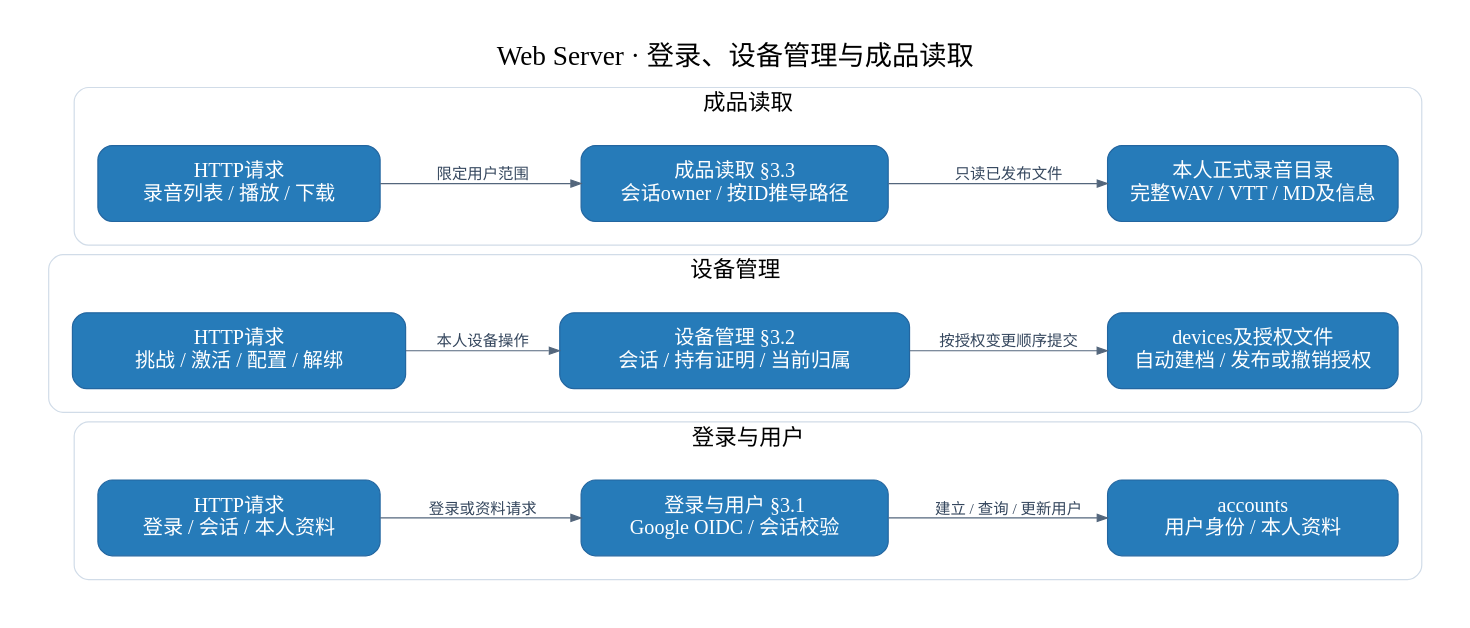
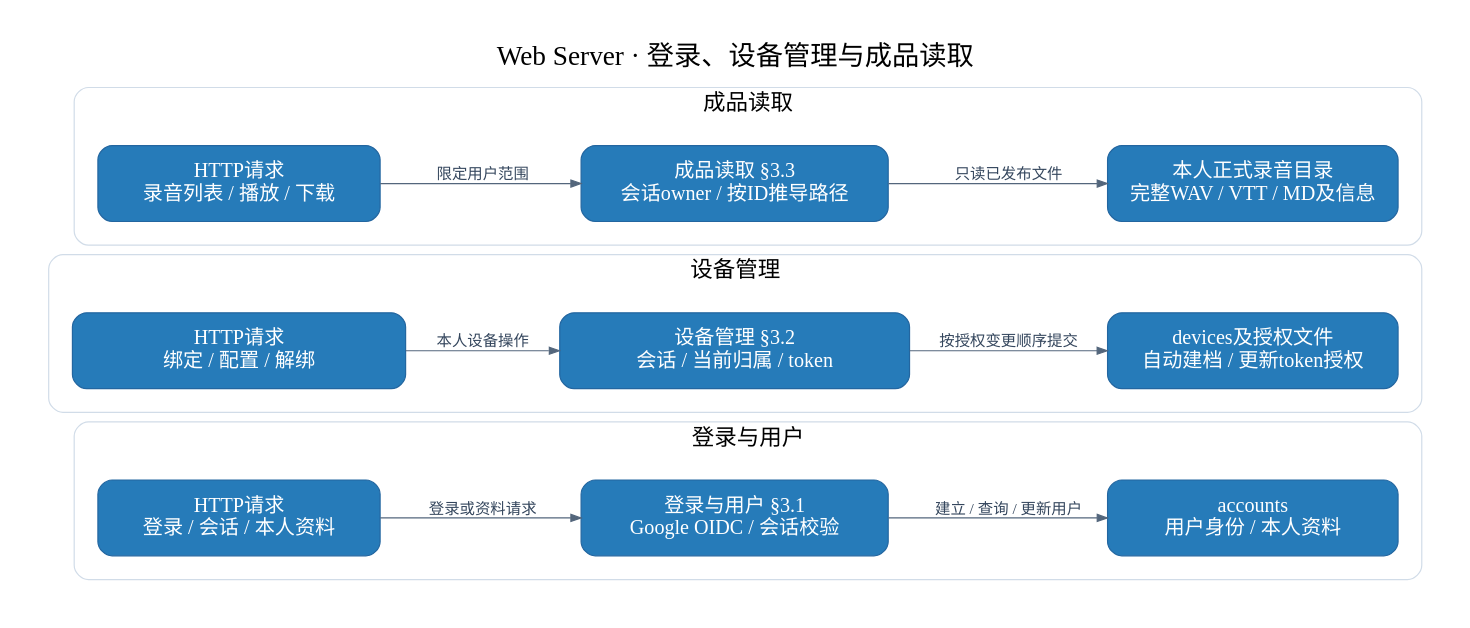
One commit to boboliu-1010/speaker changed the diagram in docs/assets/diagrams/10-web-components.dot. Above: the diagram before and after it, drawn with Graphviz. The commit also changed 9 other files, not shown here.

```diff
--- a/docs/assets/diagrams/10-web-components.dot
+++ b/docs/assets/diagrams/10-web-components.dot
@@ -1,35 +1,35 @@
 digraph G {
 graph [rankdir=LR, bgcolor="white", pad="0.35", nodesep="0.45", ranksep="0.55", splines=line, fontname="PingFang SC", fontsize=23, labelloc=t, label="Web Server · 登录、设备管理与成品读取"];
 node [shape=box, style="rounded,filled", fillcolor="#267bb9", color="#2366a0", fontcolor=white, fontname="PingFang SC", fontsize=17, margin="0.22,0.18"];
 edge [fontname="PingFang SC", fontsize=13, color="#53667c", fontcolor="#34465d", arrowsize=0.85];
 subgraph cluster_0 { label="登录与用户"; color="#d1dce8"; style=rounded; fontsize=19; margin=20;
 auth_api [width=3.30, label="HTTP请求
 登录 / 会话 / 本人资料"];
 user [width=3.60, label="登录与用户 §3.1
 Google OIDC / 会话校验"];
 account [width=3.40, label="accounts
 用户身份 / 本人资料"];
 auth_api -> user [label="登录或资料请求"];
 user -> account [label="建立 / 查询 / 更新用户"];
 }
 subgraph cluster_1 { label="设备管理"; color="#d1dce8"; style=rounded; fontsize=19; margin=20;
 device_api [width=3.90, label="HTTP请求
-挑战 / 激活 / 配置 / 解绑"];
+绑定 / 配置 / 解绑"];
 device [width=4.10, label="设备管理 §3.2
-会话 / 持有证明 / 当前归属"];
+会话 / 当前归属 / token"];
 project [width=3.40, label="devices及授权文件
-自动建档 / 发布或撤销授权"];
+自动建档 / 更新token授权"];
 device_api -> device [label="本人设备操作"];
 device -> project [label="按授权变更顺序提交"];
 }
 subgraph cluster_2 { label="成品读取"; color="#d1dce8"; style=rounded; fontsize=19; margin=20;
 record_api [width=3.30, label="HTTP请求
 录音列表 / 播放 / 下载"];
 read [width=3.60, label="成品读取 §3.3
 会话owner / 按ID推导路径"];
 files [width=3.40, label="本人正式录音目录
 完整WAV / VTT / MD及信息"];
 record_api -> read [label="限定用户范围"];
 read -> files [label="只读已发布文件"];
 }
 }
```
